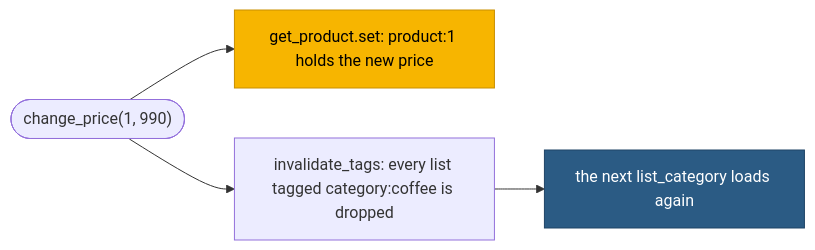
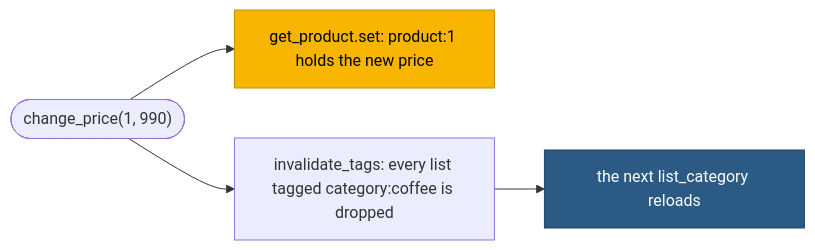
Before and after one commit to eugeneliukindev/pashe: the second of 9 diagrams in docs/examples.md, drawn with Mermaid. The commit also changed other lines of this file and 161 other files, not shown here.

````diff
--- a/docs/examples.md
+++ b/docs/examples.md
@@ -71,10 +71,10 @@
 ```mermaid
 flowchart LR
     write(["change_price(1, 990)"]) --> set["get_product.set: product:1 holds the new price"]
     write --> tags["invalidate_tags: every list tagged category:coffee is dropped"]
-    tags --> next["the next list_category loads again"]
+    tags --> next["the next list_category reloads"]
     classDef fromCache fill:#f7b500,color:#000000,stroke:#c98f00
     classDef fromSource fill:#2b5b84,color:#ffffff,stroke:#1f4466
     class set fromCache
     class next fromSource
 ```
````
